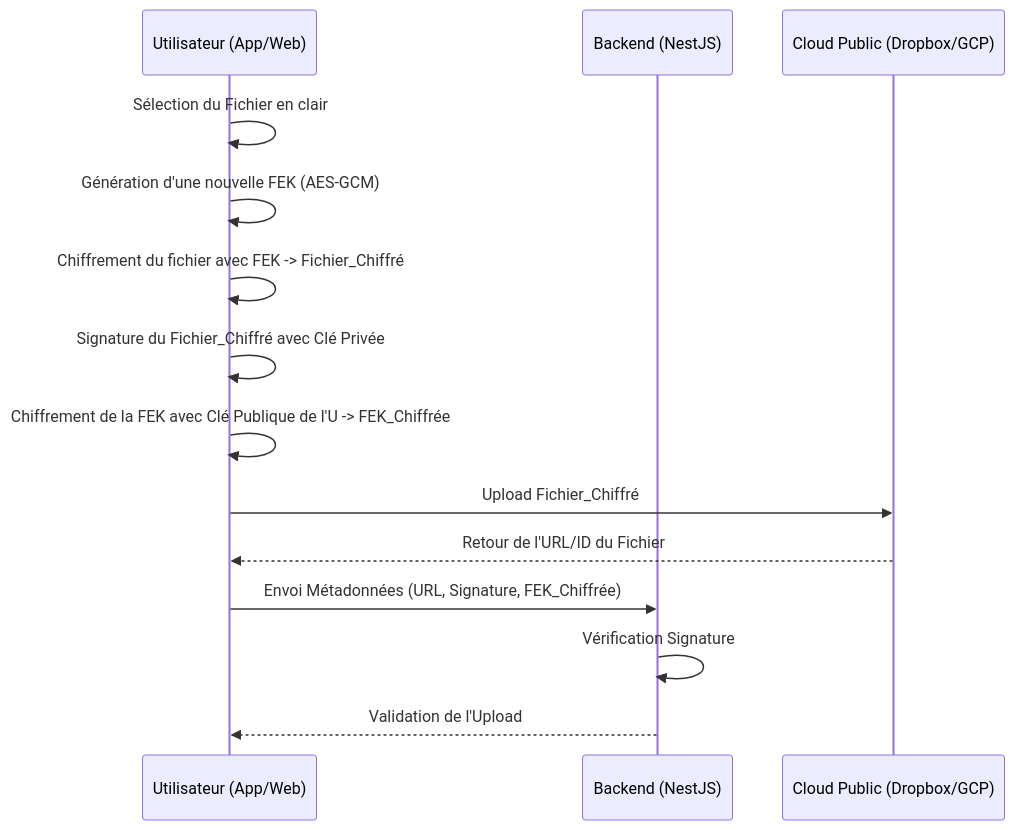
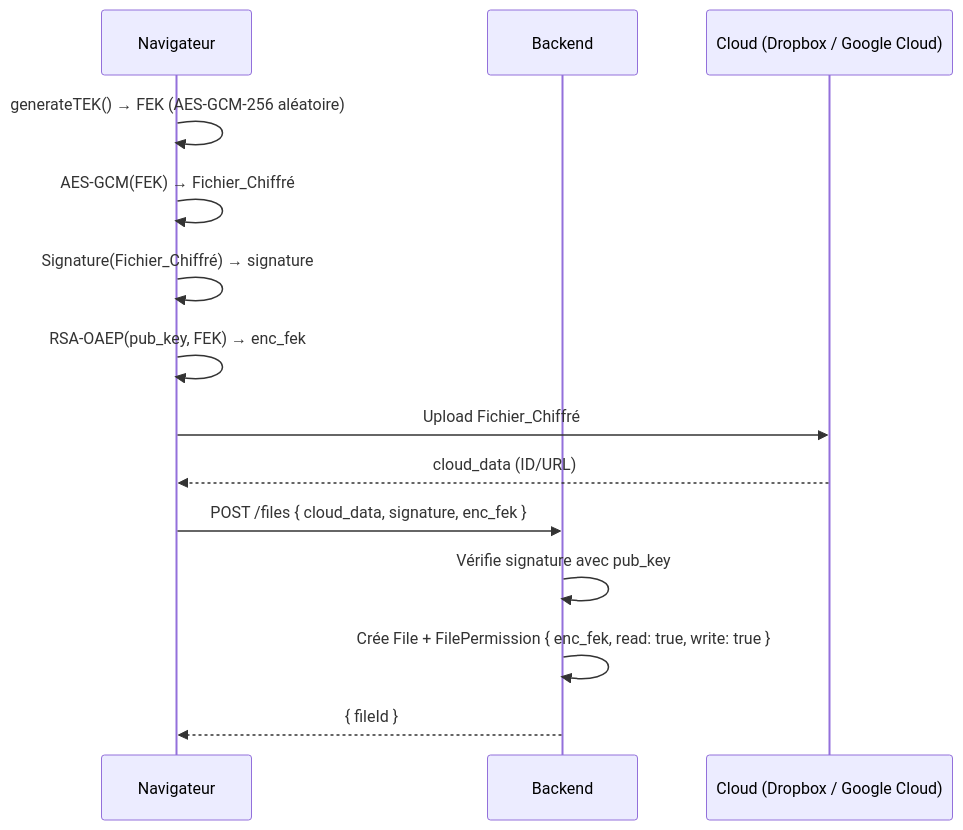
One commit to blind-storage/back-end changed the fifth of 10 diagrams in doc/crypto-flows.md. Above: the diagram before and after it, drawn with Mermaid. The commit also changed other lines of this file and 2 other files, not shown here.

````diff
--- a/doc/crypto-flows.md
+++ b/doc/crypto-flows.md
@@ -61,17 +114,17 @@
 ```mermaid
 sequenceDiagram
-    participant U as Utilisateur (App/Web)
-    participant B as Backend (NestJS)
-    participant C as Cloud Public (Dropbox/GCP)
+    participant U as Navigateur
+    participant B as Backend
+    participant C as Cloud (Dropbox / Google Cloud)
 
-    U->>U: Sélection du Fichier en clair
-    U->>U: Génération d'une nouvelle FEK (AES-GCM)
-    U->>U: Chiffrement du fichier avec FEK -> Fichier_Chiffré
-    U->>U: Signature du Fichier_Chiffré avec Clé Privée
-    U->>U: Chiffrement de la FEK avec Clé Publique de l'U -> FEK_Chiffrée
+    U->>U: generateTEK() → FEK (AES-GCM-256 aléatoire)
+    U->>U: AES-GCM(FEK) → Fichier_Chiffré
+    U->>U: Signature(Fichier_Chiffré) → signature
+    U->>U: RSA-OAEP(pub_key, FEK) → enc_fek
     U->>C: Upload Fichier_Chiffré
-    C-->>U: Retour de l'URL/ID du Fichier
-    U->>B: Envoi Métadonnées (URL, Signature, FEK_Chiffrée)
-    B->>B: Vérification Signature
-    B-->>U: Validation de l'Upload
+    C-->>U: cloud_data (ID/URL)
+    U->>B: POST /files { cloud_data, signature, enc_fek }
+    B->>B: Vérifie signature avec pub_key
+    B->>B: Crée File + FilePermission { enc_fek, read: true, write: true }
+    B-->>U: { fileId }
 ```
````
